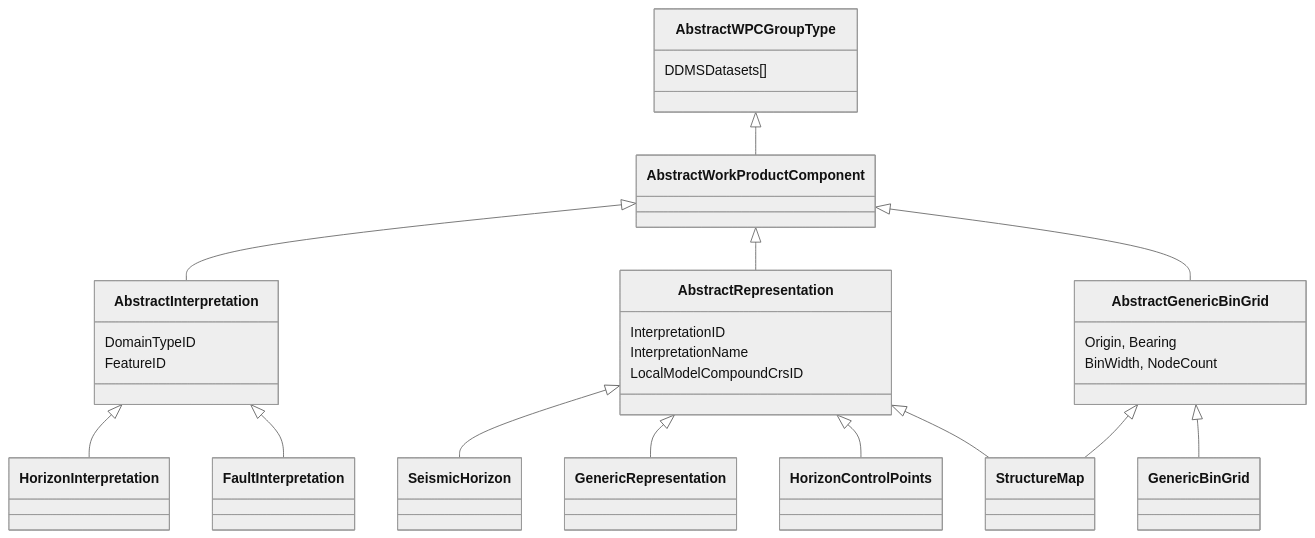
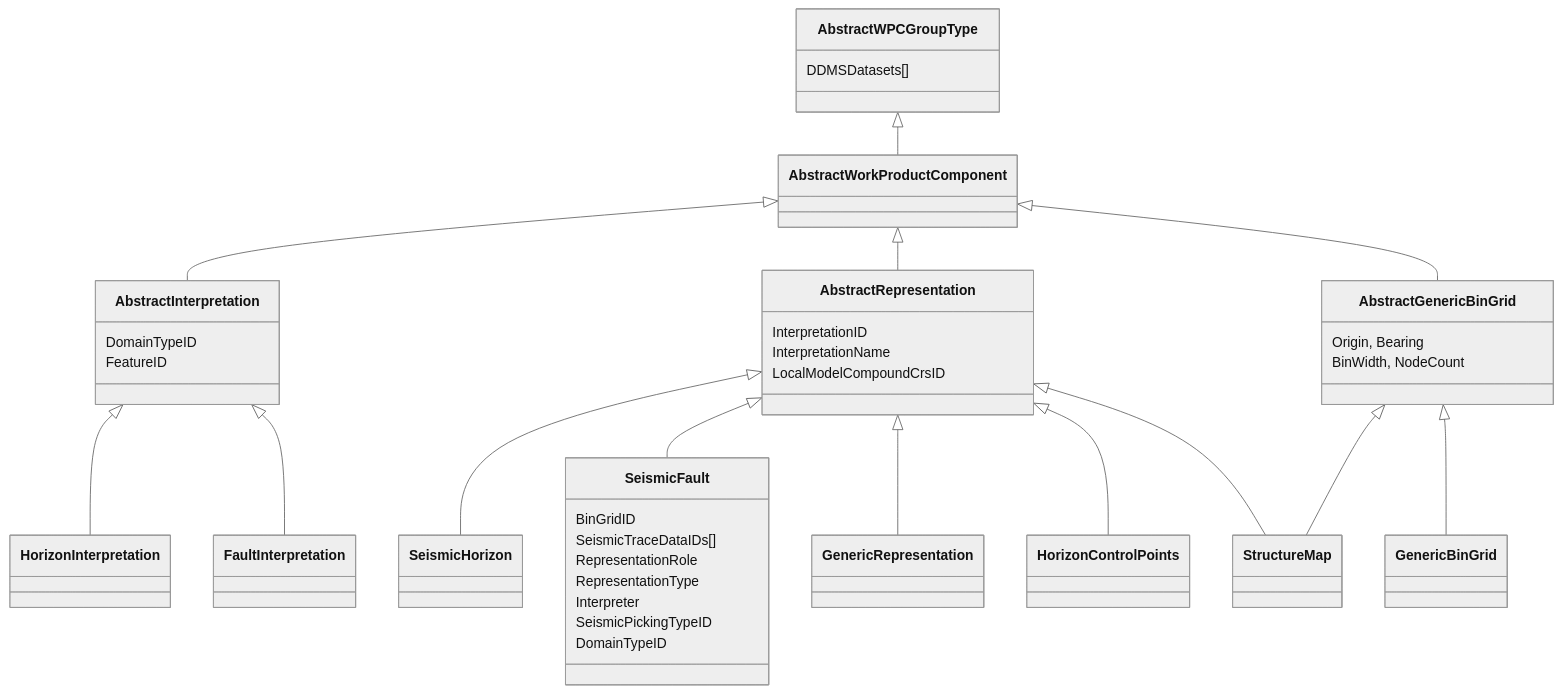
The eighth of 8 diagrams in md/SeisInt.md (equinor/ores), drawn with Mermaid (neutral theme) before and after one commit. The commit also changed other lines of this file and 2 other files, not shown here.

````diff
--- a/md/SeisInt.md
+++ b/md/SeisInt.md
@@ -305,33 +410,43 @@
 ```mermaid
 classDiagram
     direction TB
     AbstractWPCGroupType <|-- AbstractWorkProductComponent
     AbstractWorkProductComponent <|-- AbstractInterpretation
     AbstractInterpretation <|-- HorizonInterpretation
     AbstractInterpretation <|-- FaultInterpretation
     AbstractWorkProductComponent <|-- AbstractRepresentation
     AbstractRepresentation <|-- SeismicHorizon
+    AbstractRepresentation <|-- SeismicFault
     AbstractRepresentation <|-- GenericRepresentation
     AbstractRepresentation <|-- HorizonControlPoints
     AbstractRepresentation <|-- StructureMap
     AbstractGenericBinGrid <|-- StructureMap
     AbstractWorkProductComponent <|-- AbstractGenericBinGrid
     AbstractGenericBinGrid <|-- GenericBinGrid
 
     class AbstractWPCGroupType {
         DDMSDatasets[]
     }
     class AbstractInterpretation {
         DomainTypeID
         FeatureID
     }
     class AbstractRepresentation {
         InterpretationID
         InterpretationName
         LocalModelCompoundCrsID
     }
     class AbstractGenericBinGrid {
         Origin, Bearing
         BinWidth, NodeCount
     }
+    class SeismicFault {
+        BinGridID
+        SeismicTraceDataIDs[]
+        RepresentationRole
+        RepresentationType
+        Interpreter
+        SeismicPickingTypeID
+        DomainTypeID
+    }
 ```
````
